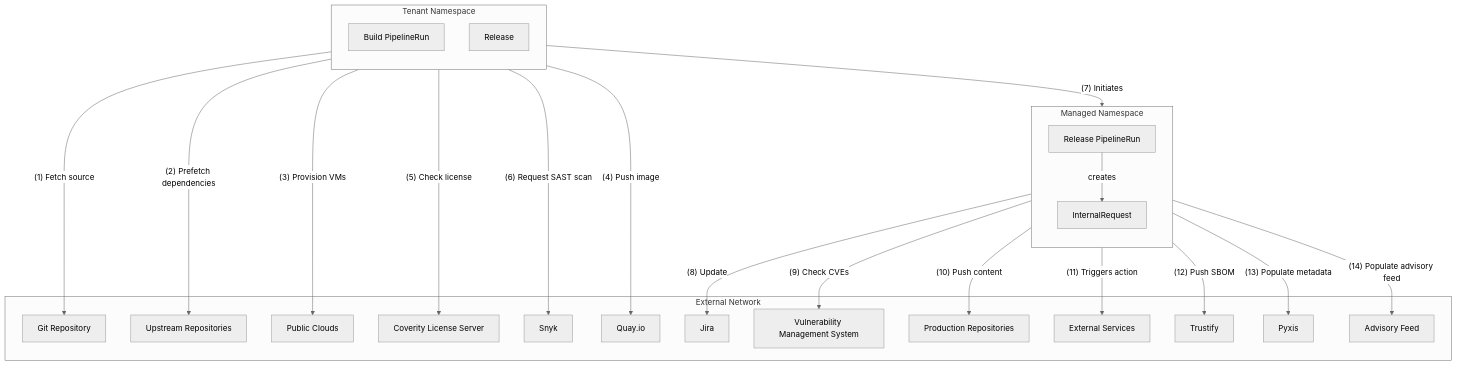
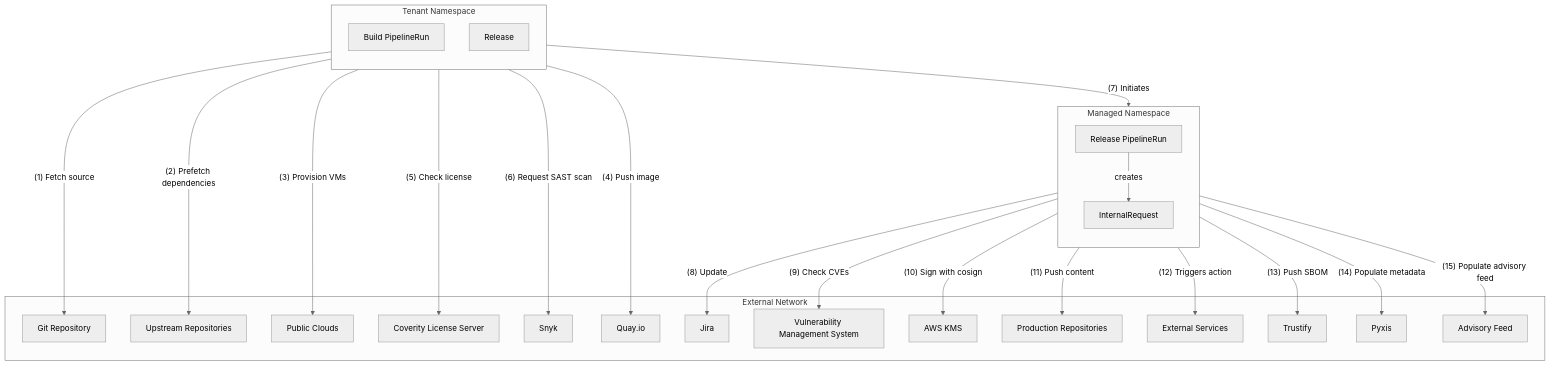
Before and after one commit to konflux-ci/architecture: the third of 3 diagrams in architecture/index.md, drawn with Mermaid (neutral theme). The commit also changed other lines of this file, not shown here.

Commit message:
Add aws/kms

````diff
--- a/architecture/index.md
+++ b/architecture/index.md
@@ -280,46 +280,48 @@
 ```mermaid
 graph TD
     subgraph tn[Tenant Namespace]
         direction TB
         bpr["Build PipelineRun"]
         r["Release"]
     end
 
     subgraph mn[Managed Namespace]
         direction TB
         rpr["Release PipelineRun"]
         ir["InternalRequest"]
     end
 
     subgraph ext[External Network]
         git[Git Repository]
         upstream_repos["Upstream Repositories"]
         clouds[Public Clouds]
         coverity[Coverity License Server]
         snyk[Snyk]
         quay[Quay.io]
         jira[Jira]
         vms[Vulnerability Management System]
+        awskms[AWS KMS]
         prod_repos["Production Repositories"]
         ext_svc[External Services]
         trustify[Trustify]
         pyxis[Pyxis]
         advisory_feed[Advisory Feed]
     end
 
     bpr -- "(1) Fetch source" --> git
     bpr -- "(2) Prefetch dependencies" --> upstream_repos
     bpr -- "(3) Provision VMs" --> clouds
     bpr -- "(4) Push image" --> quay
     bpr -- "(5) Check license" --> coverity
     bpr -- "(6) Request SAST scan" --> snyk
     r -- "(7) Initiates" --> rpr
     rpr -- "(8) Update" --> jira
     rpr -- "(9) Check CVEs" --> vms
-    rpr -- "(10) Push content" --> prod_repos
+    rpr -- "(10) Sign with cosign" --> awskms
+    rpr -- "(11) Push content" --> prod_repos
     rpr -- "creates" --> ir
-    ir -- "(11) Triggers action" --> ext_svc
-    rpr -- "(12) Push SBOM" --> trustify
-    rpr -- "(13) Populate metadata" --> pyxis
-    rpr -- "(14) Populate advisory feed" --> advisory_feed
+    ir -- "(12) Triggers action" --> ext_svc
+    rpr -- "(13) Push SBOM" --> trustify
+    rpr -- "(14) Populate metadata" --> pyxis
+    rpr -- "(15) Populate advisory feed" --> advisory_feed
 ```
````
